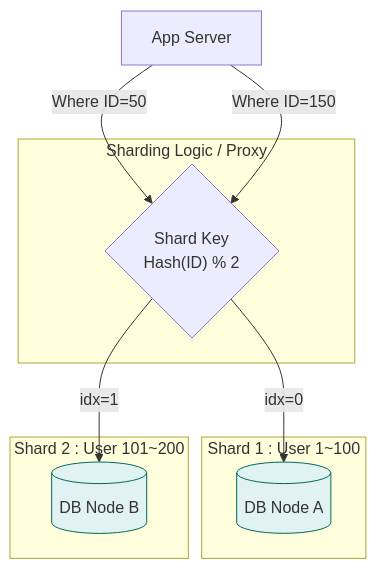
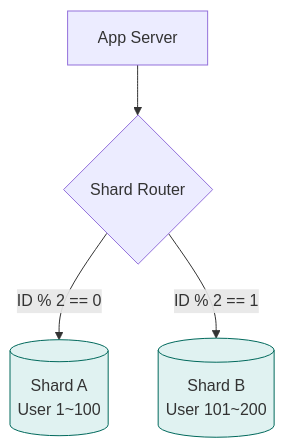
Before and after one commit to thseo4813/Study-Notes: the second of 2 diagrams in 03-database/replication-sharding/README.md, drawn with Mermaid. The commit also changed other lines of this file and 13 other files, not shown here.

````diff
--- a/03-database/replication-sharding/README.md
+++ b/03-database/replication-sharding/README.md
@@ -102,25 +64,10 @@
 ```mermaid
 graph TB
-    App[App Server]
+    App[App Server] --> Router{Shard Router}
     
-    subgraph Router [Sharding Logic / Proxy]
-        Logic{"Shard Key<br/>Hash(ID) % 2"}
-    end
-
-    subgraph Shard_1 [Shard 1 : User 1~100]
-        DB1[("DB Node A")]
-    end
+    Router -->|ID % 2 == 0| ShardA[("Shard A<br/>User 1~100")]
+    Router -->|ID % 2 == 1| ShardB[("Shard B<br/>User 101~200")]
     
-    subgraph Shard_2 [Shard 2 : User 101~200]
-        DB2[("DB Node B")]
-    end
-    
-    App -->|Where ID=50| Logic
-    App -->|Where ID=150| Logic
-    
-    Logic -->|idx=0| DB1
-    Logic -->|idx=1| DB2
-
-    style DB1 fill:#e0f2f1,stroke:#00695c
-    style DB2 fill:#e0f2f1,stroke:#00695c
+    style ShardA fill:#e0f2f1,stroke:#00695c
+    style ShardB fill:#e0f2f1,stroke:#00695c
 ```
````
